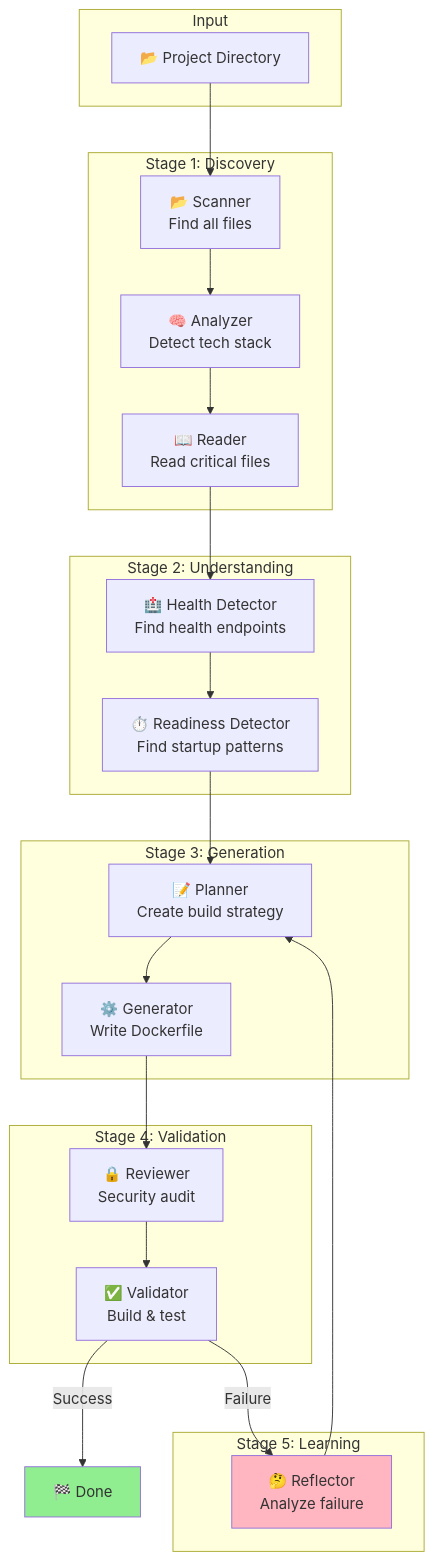
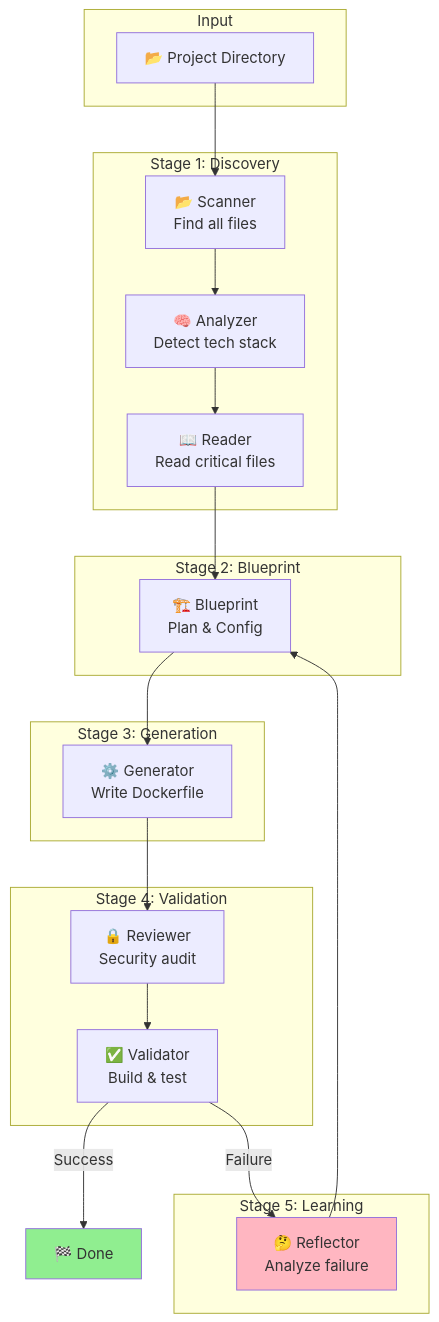
The diagram in docs/getting-started.md (actions-marketplace-validations/itzzjb_dockai), drawn with Mermaid before and after one commit. The commit also changed other lines of this file and 28 other files, not shown here.

Commit message:
feat: Refactor planning agent to blueprint, consolidating runtime configuration and removing separate health/readiness detection.

````diff
--- a/docs/getting-started.md
+++ b/docs/getting-started.md
@@ -583,38 +582,36 @@
 ```mermaid
 flowchart TB
     subgraph Input
         A[📂 Project Directory]
     end
     
     subgraph "Stage 1: Discovery"
         B[📂 Scanner<br/>Find all files]
         C[🧠 Analyzer<br/>Detect tech stack]
         D[📖 Reader<br/>Read critical files]
     end
     
-    subgraph "Stage 2: Understanding"
-        E[🏥 Health Detector<br/>Find health endpoints]
-        F[⏱️ Readiness Detector<br/>Find startup patterns]
+    subgraph "Stage 2: Blueprint"
+        E[🏗️ Blueprint<br/>Plan & Config]
     end
     
     subgraph "Stage 3: Generation"
-        G[📝 Planner<br/>Create build strategy]
         H[⚙️ Generator<br/>Write Dockerfile]
     end
     
     subgraph "Stage 4: Validation"
         I[🔒 Reviewer<br/>Security audit]
         J[✅ Validator<br/>Build & test]
     end
     
     subgraph "Stage 5: Learning"
         K[🤔 Reflector<br/>Analyze failure]
     end
     
-    A --> B --> C --> D --> E --> F --> G --> H --> I --> J
+    A --> B --> C --> D --> E --> H --> I --> J
     J -->|Success| L[🏁 Done]
-    J -->|Failure| K --> G
+    J -->|Failure| K --> E
     
     style L fill:#90EE90
     style K fill:#FFB6C1
 ```
````
